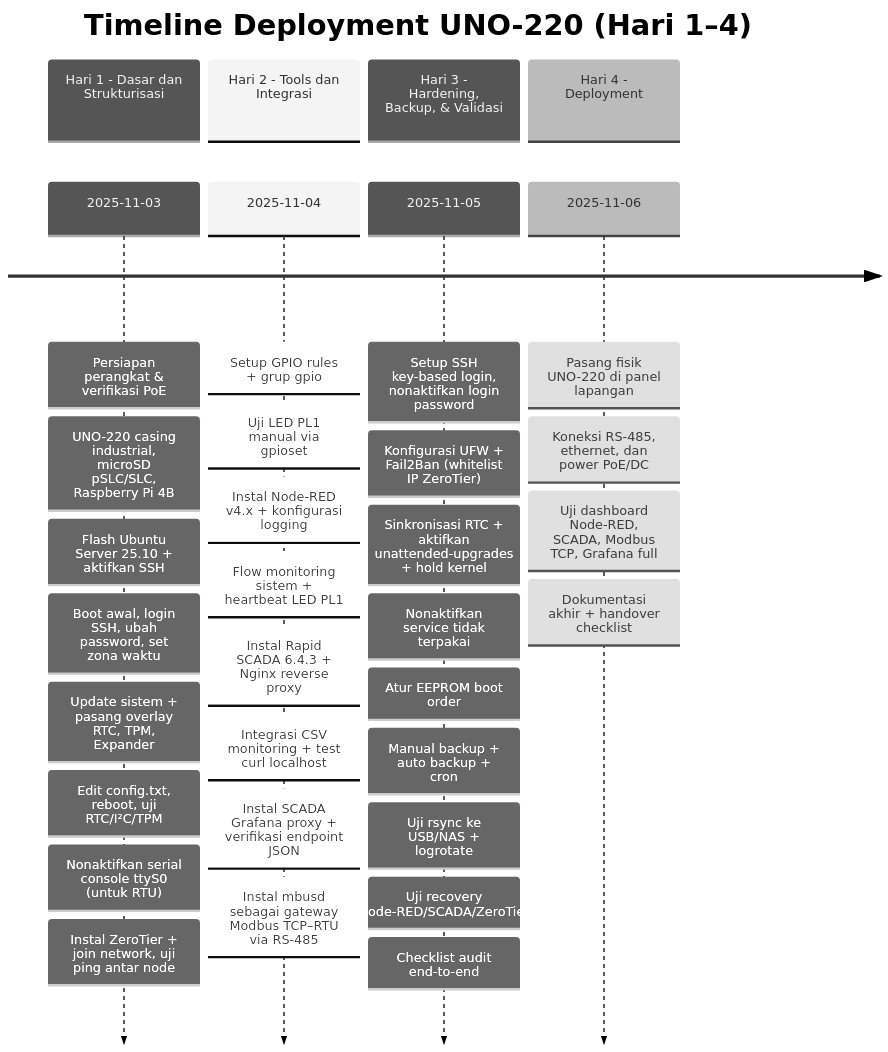
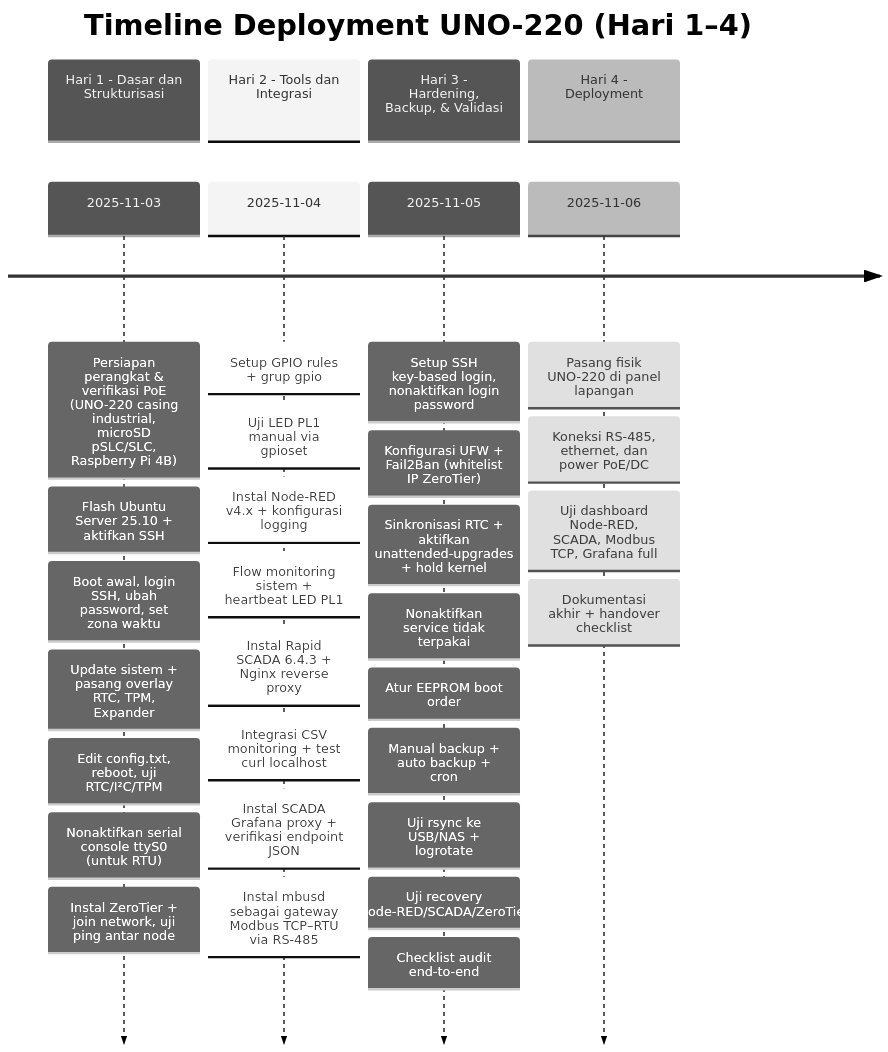
The second of 2 diagrams in docs/_posts/2025-10-23-menyiapkan-advantech-uno-220-sebagai-edge-device-industri.md (kumajaya/automation-blog), drawn with Mermaid before and after one commit. The commit also changed other lines of this file, not shown here.

```diff
--- a/docs/_posts/2025-10-23-menyiapkan-advantech-uno-220-sebagai-edge-device-industri.md
+++ b/docs/_posts/2025-10-23-menyiapkan-advantech-uno-220-sebagai-edge-device-industri.md
@@ -184,39 +184,38 @@
 <div class="mermaid" style="width:100%;">
     ---
     config:
       theme: neutral
     ---
     timeline
         title Timeline Deployment UNO-220 (Hari 1–4)
         section Hari 1 - Dasar dan Strukturisasi
-            2025-11-03 : Persiapan perangkat &amp; verifikasi PoE
-            : UNO-220 casing industrial, microSD pSLC/SLC, Raspberry Pi 4B
+            2025-11-03 : Persiapan perangkat &amp; verifikasi PoE (UNO-220 casing industrial, microSD pSLC/SLC, Raspberry Pi 4B)
             : Flash Ubuntu Server 25.10 + aktifkan SSH
             : Boot awal, login SSH, ubah password, set zona waktu
             : Update sistem + pasang overlay RTC, TPM, Expander
             : Edit config.txt, reboot, uji RTC/I²C/TPM
             : Nonaktifkan serial console ttyS0 (untuk RTU)
             : Instal ZeroTier + join network, uji ping antar node
         section Hari 2 - Tools dan Integrasi
             2025-11-04 : Setup GPIO rules + grup gpio
             : Uji LED PL1 manual via gpioset
             : Instal Node-RED v4.x + konfigurasi logging
             : Flow monitoring sistem + heartbeat LED PL1
             : Instal Rapid SCADA 6.4.3 + Nginx reverse proxy
             : Integrasi CSV monitoring + test curl localhost
             : Instal SCADA Grafana proxy + verifikasi endpoint JSON
             : Instal mbusd sebagai gateway Modbus TCP–RTU via RS-485
         section Hari 3 - Hardening, Backup, &amp; Validasi
             2025-11-05 : Setup SSH key-based login, nonaktifkan login password
             : Konfigurasi UFW + Fail2Ban (whitelist IP ZeroTier)
             : Sinkronisasi RTC + aktifkan unattended-upgrades + hold kernel
             : Nonaktifkan service tidak terpakai
             : Atur EEPROM boot order
             : Manual backup + auto backup + cron : Uji rsync ke USB/NAS + logrotate
             : Uji recovery Node-RED/SCADA/ZeroTier : Checklist audit end-to-end
         section Hari 4 - Deployment
             2025-11-06 : Pasang fisik UNO-220 di panel lapangan
             : Koneksi RS-485, ethernet, dan power PoE/DC
             : Uji dashboard Node-RED, SCADA, Modbus TCP, Grafana full
             : Dokumentasi akhir + handover checklist
 </div>
```
